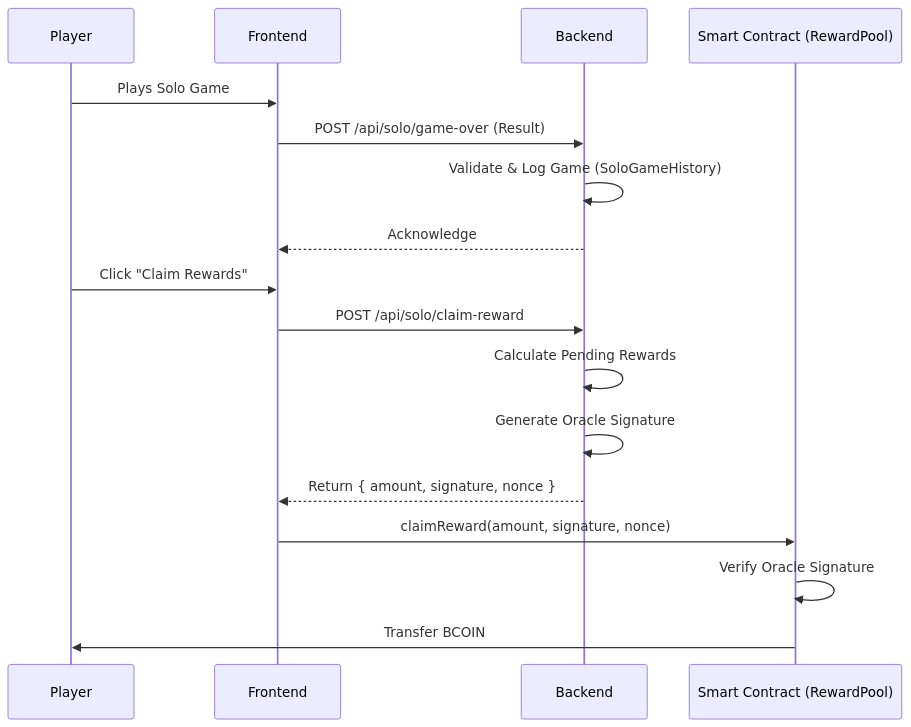
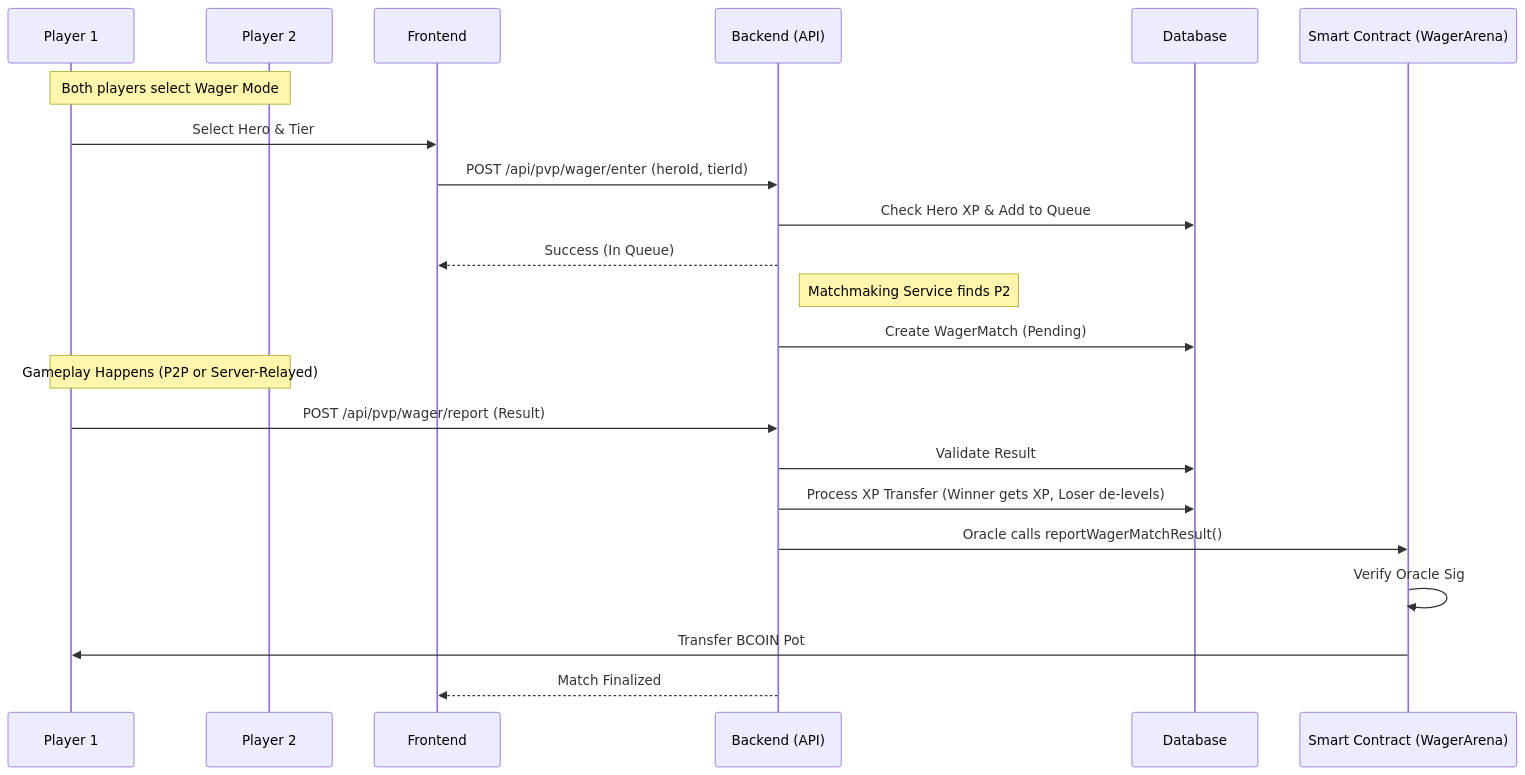
Before and after one commit to alanvito1/bomb_dash: the fourth of 4 diagrams in docs/ARCHITECTURE.md, drawn with Mermaid. The commit also changed other lines of this file and 3 other files, not shown here.

````diff
--- a/docs/ARCHITECTURE.md
+++ b/docs/ARCHITECTURE.md
@@ -127,22 +148,32 @@
 ```mermaid
 sequenceDiagram
-    participant P as Player
+    participant P1 as Player 1
+    participant P2 as Player 2
     participant FE as Frontend
-    participant BE as Backend
-    participant SC as Smart Contract (RewardPool)
+    participant BE as Backend (API)
+    participant DB as Database
+    participant SC as Smart Contract (WagerArena)
 
-    P->>FE: Plays Solo Game
-    FE->>BE: POST /api/solo/game-over (Result)
-    BE->>BE: Validate & Log Game (SoloGameHistory)
-    BE-->>FE: Acknowledge
+    Note over P1, P2: Both players select Wager Mode
 
-    P->>FE: Click "Claim Rewards"
-    FE->>BE: POST /api/solo/claim-reward
-    BE->>BE: Calculate Pending Rewards
-    BE->>BE: Generate Oracle Signature
-    BE-->>FE: Return { amount, signature, nonce }
+    P1->>FE: Select Hero & Tier
+    FE->>BE: POST /api/pvp/wager/enter (heroId, tierId)
+    BE->>DB: Check Hero XP & Add to Queue
+    BE-->>FE: Success (In Queue)
 
-    FE->>SC: claimReward(amount, signature, nonce)
-    SC->>SC: Verify Oracle Signature
-    SC->>P: Transfer BCOIN
+    Note right of BE: Matchmaking Service finds P2
+
+    BE->>DB: Create WagerMatch (Pending)
+
+    Note over P1, P2: Gameplay Happens (P2P or Server-Relayed)
+
+    P1->>BE: POST /api/pvp/wager/report (Result)
+    BE->>DB: Validate Result
+    BE->>DB: Process XP Transfer (Winner gets XP, Loser de-levels)
+
+    BE->>SC: Oracle calls reportWagerMatchResult()
+    SC->>SC: Verify Oracle Sig
+    SC->>P1: Transfer BCOIN Pot
+
+    BE-->>FE: Match Finalized
 ```
````
